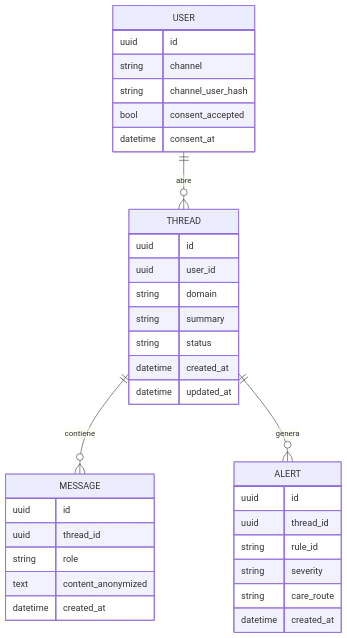
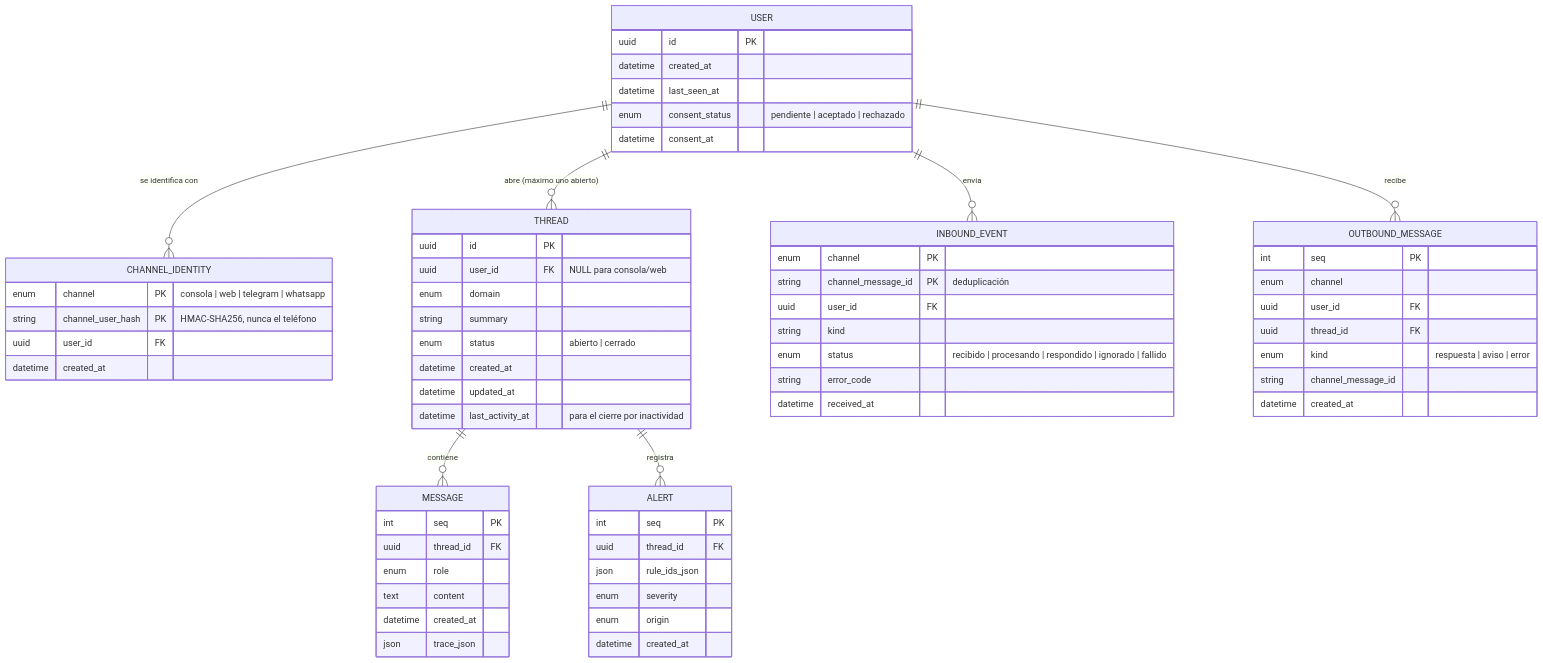
One commit to NicolasCastilloGaleano/chatbot-cardio-materno changed the second of 2 diagrams in docs/04-datos/modelo-datos.md. Above: the diagram before and after it, drawn with Mermaid. The commit also changed other lines of this file and 30 other files, not shown here.

````diff
--- a/docs/04-datos/modelo-datos.md
+++ b/docs/04-datos/modelo-datos.md
@@ -41,37 +41,66 @@
 ```mermaid
 erDiagram
-    USER ||--o{ THREAD : abre
+    USER ||--o{ CHANNEL_IDENTITY : "se identifica con"
+    USER ||--o{ THREAD : "abre (máximo uno abierto)"
     THREAD ||--o{ MESSAGE : contiene
-    THREAD ||--o{ ALERT : genera
+    THREAD ||--o{ ALERT : registra
+    USER ||--o{ INBOUND_EVENT : envía
+    USER ||--o{ OUTBOUND_MESSAGE : recibe
     USER {
-        uuid id
-        string channel
-        string channel_user_hash
-        bool consent_accepted
+        uuid id PK
+        datetime created_at
+        datetime last_seen_at
+        enum consent_status "pendiente | aceptado | rechazado"
         datetime consent_at
     }
+    CHANNEL_IDENTITY {
+        enum channel PK "consola | web | telegram | whatsapp"
+        string channel_user_hash PK "HMAC-SHA256, nunca el teléfono"
+        uuid user_id FK
+        datetime created_at
+    }
     THREAD {
-        uuid id
-        uuid user_id
-        string domain
+        uuid id PK
+        uuid user_id FK "NULL para consola/web"
+        enum domain
         string summary
-        string status
+        enum status "abierto | cerrado"
         datetime created_at
         datetime updated_at
+        datetime last_activity_at "para el cierre por inactividad"
     }
     MESSAGE {
-        uuid id
-        uuid thread_id
-        string role
-        text content_anonymized
+        int seq PK
+        uuid thread_id FK
+        enum role
+        text content
+        datetime created_at
+        json trace_json
+    }
+    ALERT {
+        int seq PK
+        uuid thread_id FK
+        json rule_ids_json
+        enum severity
+        enum origin
         datetime created_at
     }
-    ALERT {
-        uuid id
-        uuid thread_id
-        string rule_id
-        string severity
-        string care_route
+    INBOUND_EVENT {
+        enum channel PK
+        string channel_message_id PK "deduplicación"
+        uuid user_id FK
+        string kind
+        enum status "recibido | procesando | respondido | ignorado | fallido"
+        string error_code
+        datetime received_at
+    }
+    OUTBOUND_MESSAGE {
+        int seq PK
+        enum channel
+        uuid user_id FK
+        uuid thread_id FK
+        enum kind "respuesta | aviso | error"
+        string channel_message_id
         datetime created_at
     }
 ```
````
